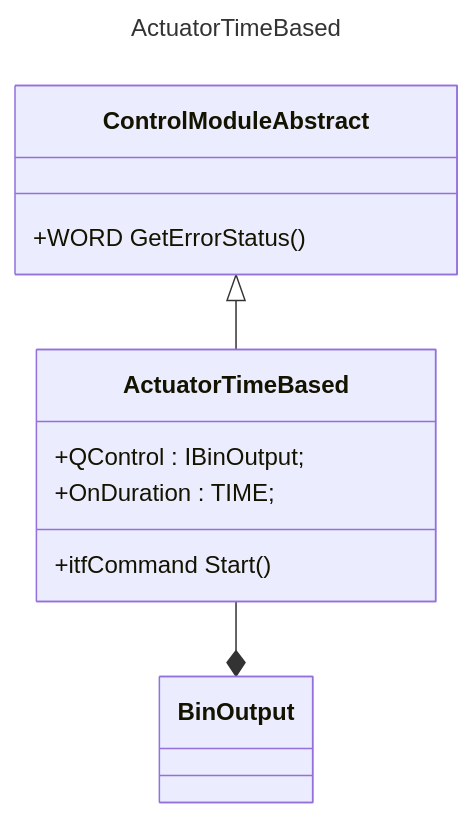
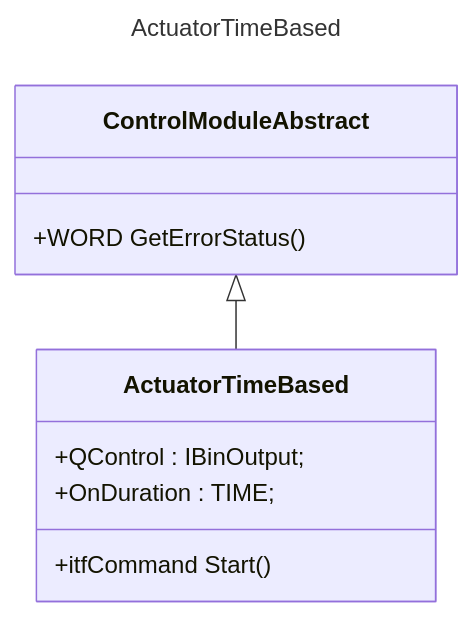
The second of 2 diagrams in README.md (simatic-ax/axftcmlib), drawn with Mermaid before and after one commit.

Commit message:
remove composition

````diff
--- a/README.md
+++ b/README.md
@@ -57,16 +57,15 @@
 ```mermaid
 ---
 title: ActuatorTimeBased
 ---
 classDiagram
     ControlModuleAbstract <|-- ActuatorTimeBased
-    ActuatorTimeBased --* BinOutput
     class ControlModuleAbstract{
         +WORD GetErrorStatus()
     }
     class ActuatorTimeBased{
         +QControl : IBinOutput;
         +OnDuration : TIME;
         +itfCommand Start()
     }
 ```
````
